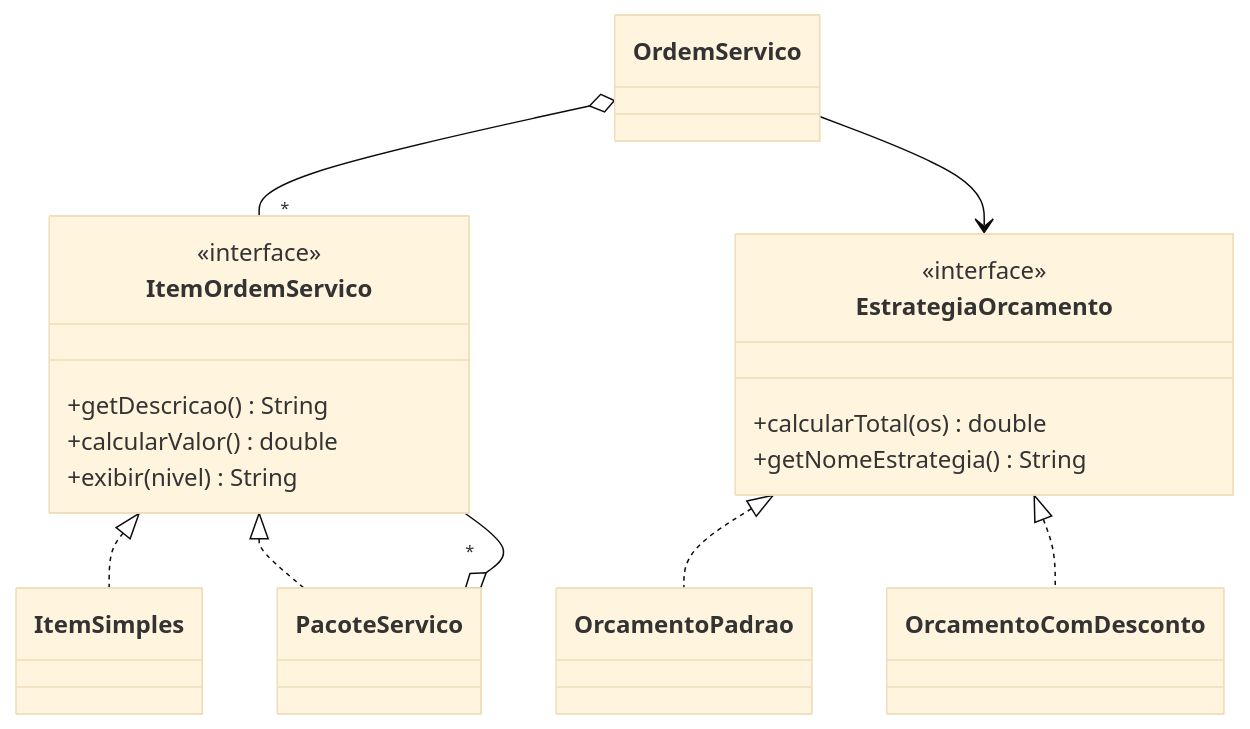
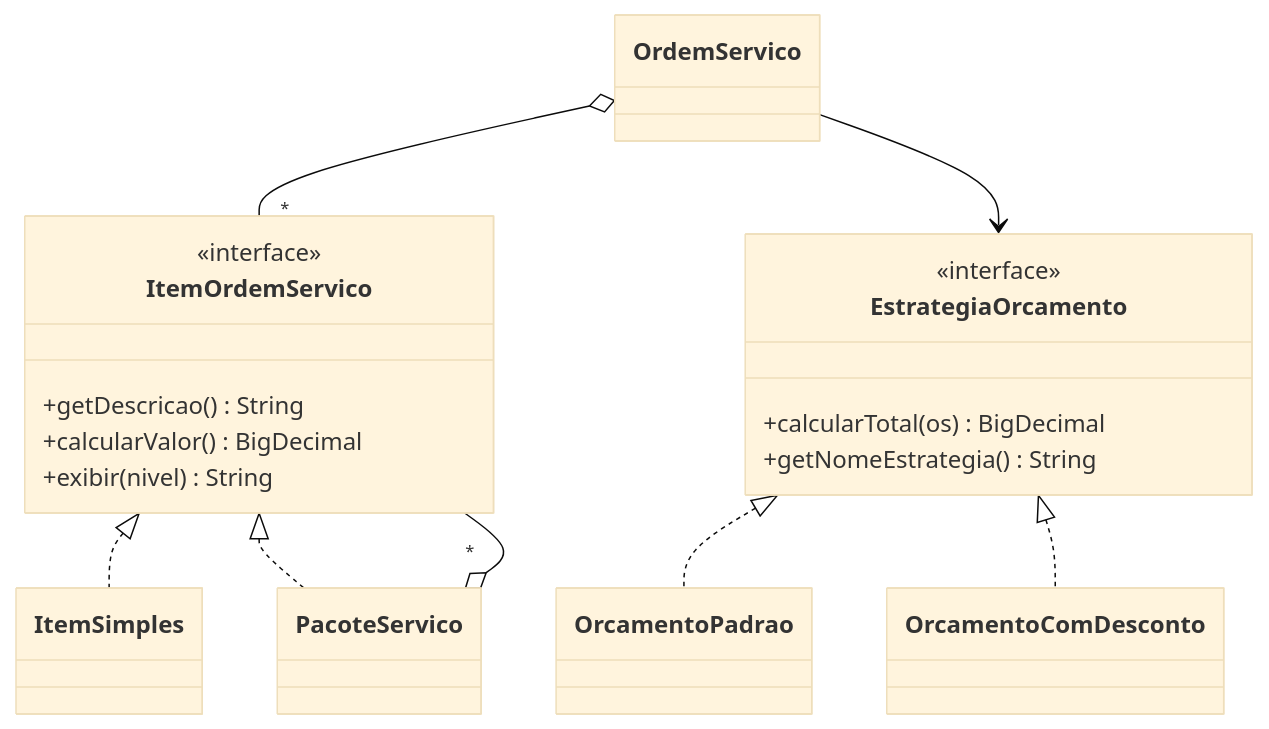
One commit to Theordep/oficina-mecanica-patterns changed the diagram in README.md. Above: the diagram before and after it, drawn with Mermaid (base theme). The commit also changed other lines of this file and 16 other files, not shown here.

First line of the commit message:
refactor: usa BigDecimal nos valores e remove duplicações

````diff
--- a/README.md
+++ b/README.md
@@ -78,21 +79,21 @@
 ```mermaid
 classDiagram
     class ItemOrdemServico {
         <<interface>>
         +getDescricao() String
-        +calcularValor() double
+        +calcularValor() BigDecimal
         +exibir(nivel) String
     }
     class EstrategiaOrcamento {
         <<interface>>
-        +calcularTotal(os) double
+        +calcularTotal(os) BigDecimal
         +getNomeEstrategia() String
     }
     ItemOrdemServico <|.. ItemSimples
     ItemOrdemServico <|.. PacoteServico
     PacoteServico o-- "*" ItemOrdemServico
     OrdemServico o-- "*" ItemOrdemServico
     OrdemServico --> EstrategiaOrcamento
     EstrategiaOrcamento <|.. OrcamentoPadrao
     EstrategiaOrcamento <|.. OrcamentoComDesconto
 ```
````
